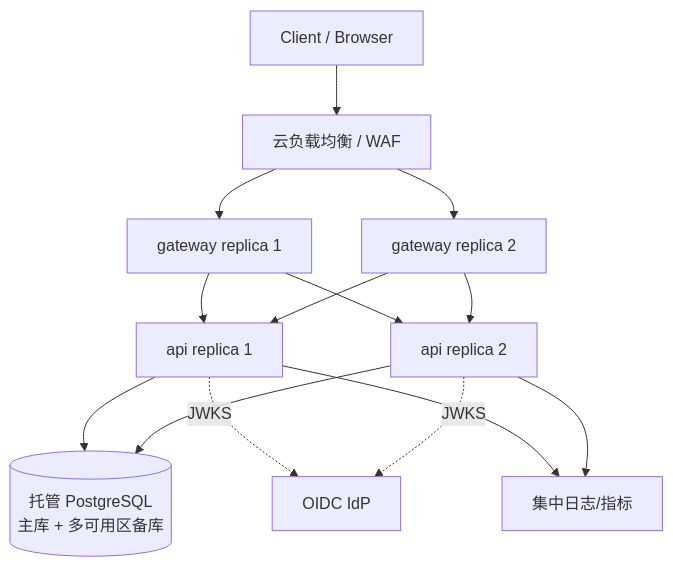
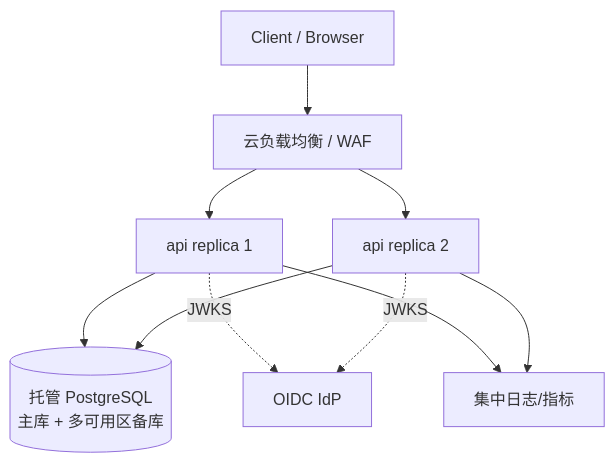
One commit to niefy/e-library changed the third of 4 diagrams in docs/architecture.md. Above: the diagram before and after it, drawn with Mermaid. The commit also changed other lines of this file and 98 other files, not shown here.

````diff
--- a/docs/architecture.md
+++ b/docs/architecture.md
@@ -89,16 +88,12 @@
 ```mermaid
 flowchart TB
     Client[Client / Browser] --> LB[云负载均衡 / WAF]
-    LB --> G1[gateway replica 1]
-    LB --> G2[gateway replica 2]
-    G1 --> A1[api replica 1]
-    G1 --> A2[api replica 2]
-    G2 --> A1
-    G2 --> A2
+    LB --> A1[api replica 1]
+    LB --> A2[api replica 2]
     A1 --> PG[(托管 PostgreSQL<br/>主库 + 多可用区备库)]
     A2 --> PG
     A1 -.->|JWKS| IDP[OIDC IdP]
     A2 -.->|JWKS| IDP
     A1 --> LOG[集中日志/指标]
     A2 --> LOG
 ```
````
